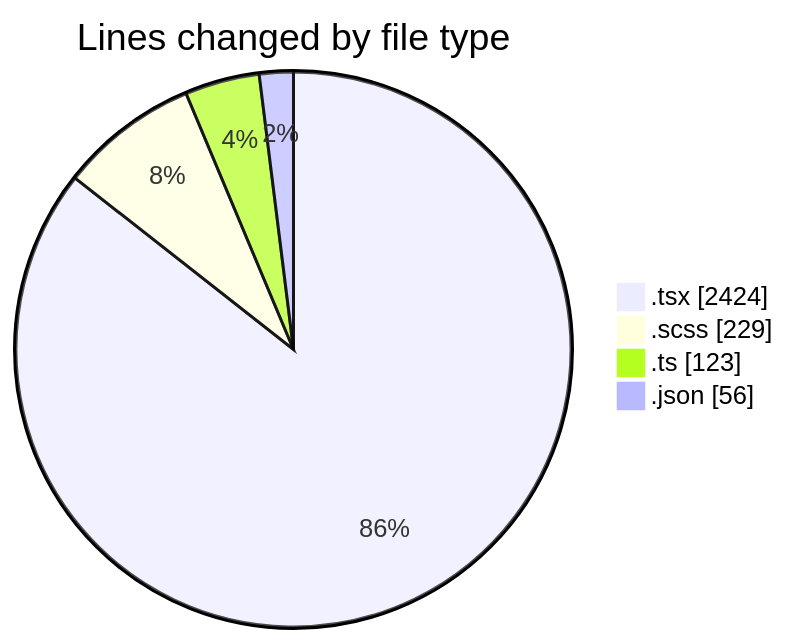
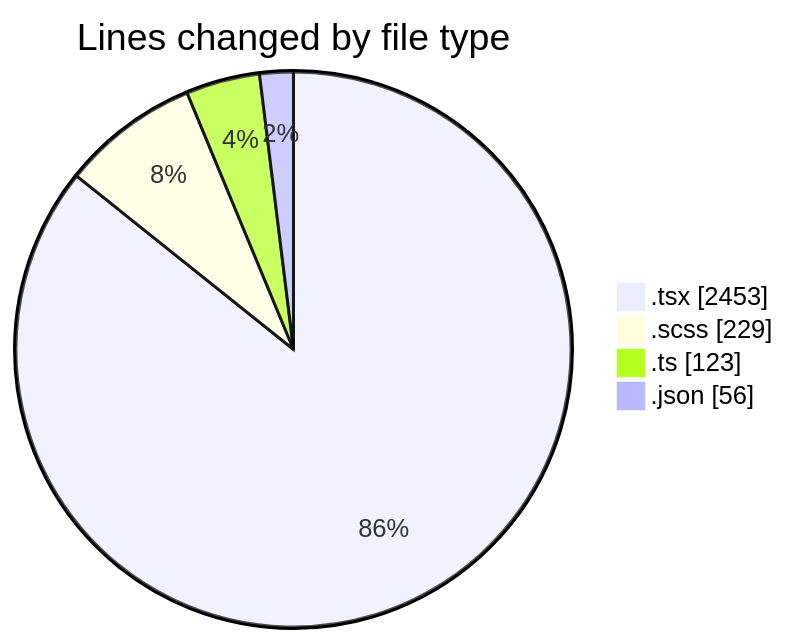
Before and after one commit to momahboobian/code-tracking: the first of 2 diagrams in 2026-10-30/cda/README.md, drawn with Mermaid. The commit also changed other lines of this file and 1 other file, not shown here.

````diff
--- a/2026-10-30/cda/README.md
+++ b/2026-10-30/cda/README.md
@@ -38,8 +38,8 @@
 ```mermaid
 pie showData
 title Lines changed by file type
-".tsx" : 2424
+".tsx" : 2453
 ".scss" : 229
 ".ts" : 123
 ".json" : 56
 ```
````
